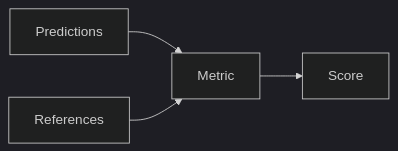
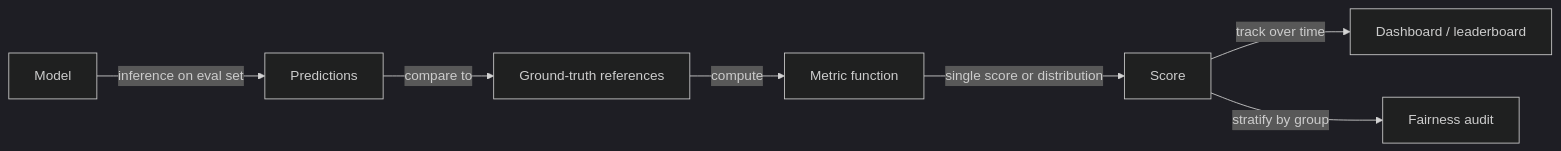
Before and after one commit to EmersonBraun/ai-summary-hub: the diagram in docs/evaluation-metrics/index.md, drawn with Mermaid (dark theme). The commit also changed other lines of this file and 77 other files, not shown here.

````diff
--- a/docs/evaluation-metrics/index.md
+++ b/docs/evaluation-metrics/index.md
@@ -19,6 +23,9 @@
 ```mermaid
 flowchart LR
-  Predictions[Predictions] --> Metric[Metric]
-  References[References] --> Metric
-  Metric --> Score[Score]
+  Model[Model] -->|inference on eval set| Predictions[Predictions]
+  Predictions -->|compare to| References[Ground-truth references]
+  References -->|compute| Metric[Metric function]
+  Metric -->|single score or distribution| Score[Score]
+  Score -->|track over time| Dashboard[Dashboard / leaderboard]
+  Score -->|stratify by group| FairnessAudit[Fairness audit]
 ```
````
